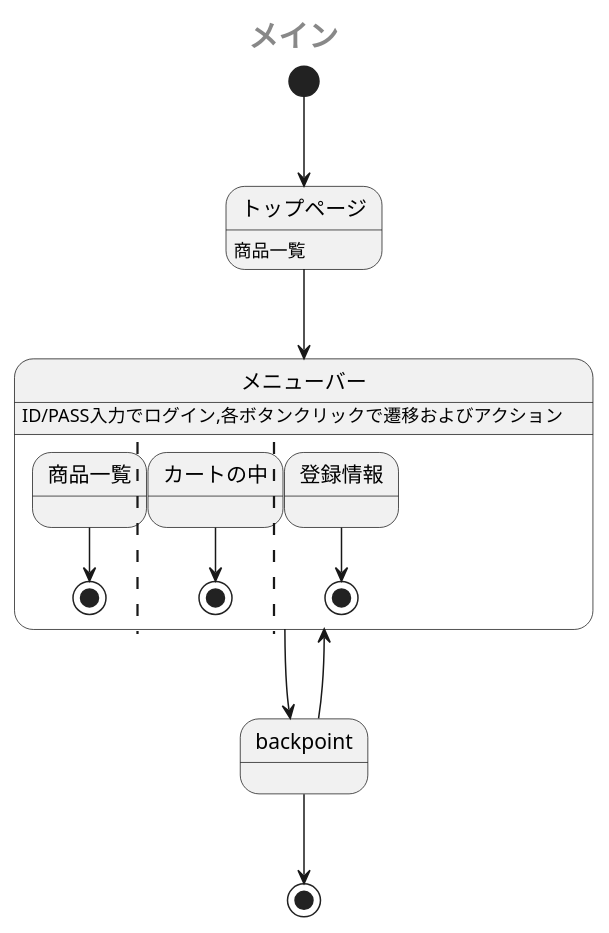
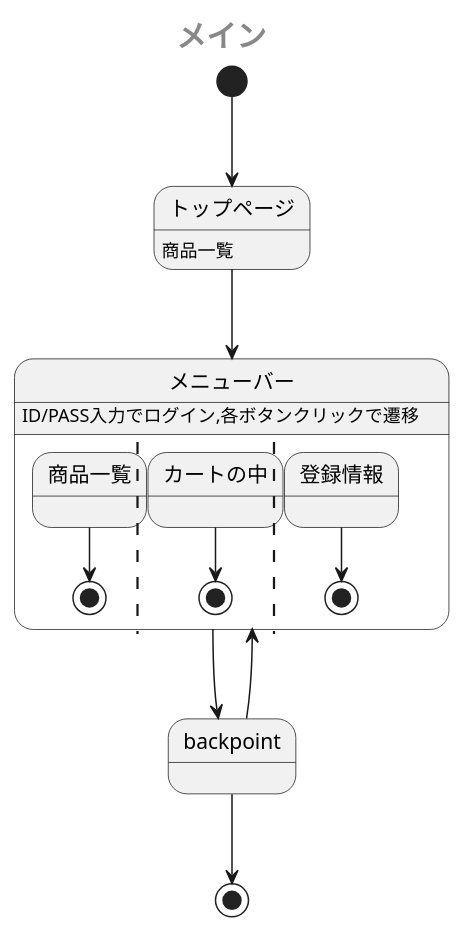
One commit to Aso2001385/2021sys-design changed the first of 2 diagrams in sample/StateMachine.md. Above: the diagram before and after it, drawn with PlantUML.

````diff
--- a/sample/StateMachine.md
+++ b/sample/StateMachine.md
@@ -1,21 +1,21 @@
 ```uml
 @startuml
  center header <size:20><b>メイン</b></size>
  [*] --> トップページ
  トップページ: 商品一覧
  トップページ --> メニューバー
  state メニューバー {
-   メニューバー: ID/PASS入力でログイン,各ボタンクリックで遷移およびアクション
+   メニューバー: ID/PASS入力でログイン,各ボタンクリックで遷移
    商品一覧 --> [*]
    ||
    カートの中 --> [*]
    ||
    登録情報 --> [*]
 
  }
  メニューバー --> backpoint
  backpoint --> メニューバー
  backpoint --> [*]
 
 @enduml
 ```
````
